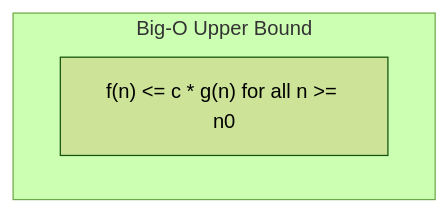
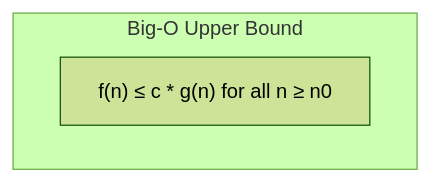
One commit to DeepLumiere/DeepSkills changed the fourth of 4 diagrams in notes/design_and_analysis_of_algorithms/DAA_Unit1_Elementary_Algorithmic_Notes.md. Above: the diagram before and after it, drawn with Mermaid (forest theme). The commit also changed 8 other files, not shown here.

First line of the commit message:
fix: resolve merge conflicts, fix DAA diagrams, and expand explanations

````diff
--- a/notes/design_and_analysis_of_algorithms/DAA_Unit1_Elementary_Algorithmic_Notes.md
+++ b/notes/design_and_analysis_of_algorithms/DAA_Unit1_Elementary_Algorithmic_Notes.md
@@ -217,7 +217,7 @@
 ```mermaid
 flowchart LR
     subgraph Big-O Upper Bound
     direction LR
-    A["f(n) <= c * g(n) for all n >= n0"]
+    A["f(n) &le; c * g(n) for all n &ge; n0"]
     end
 ```
````
